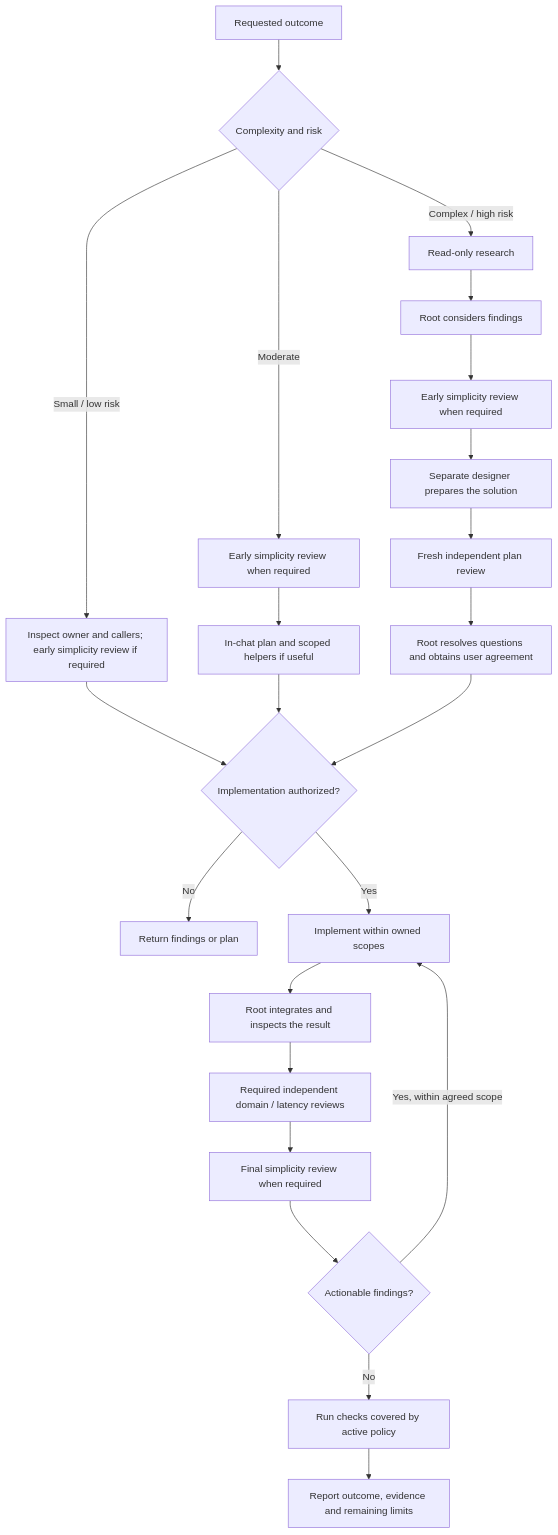
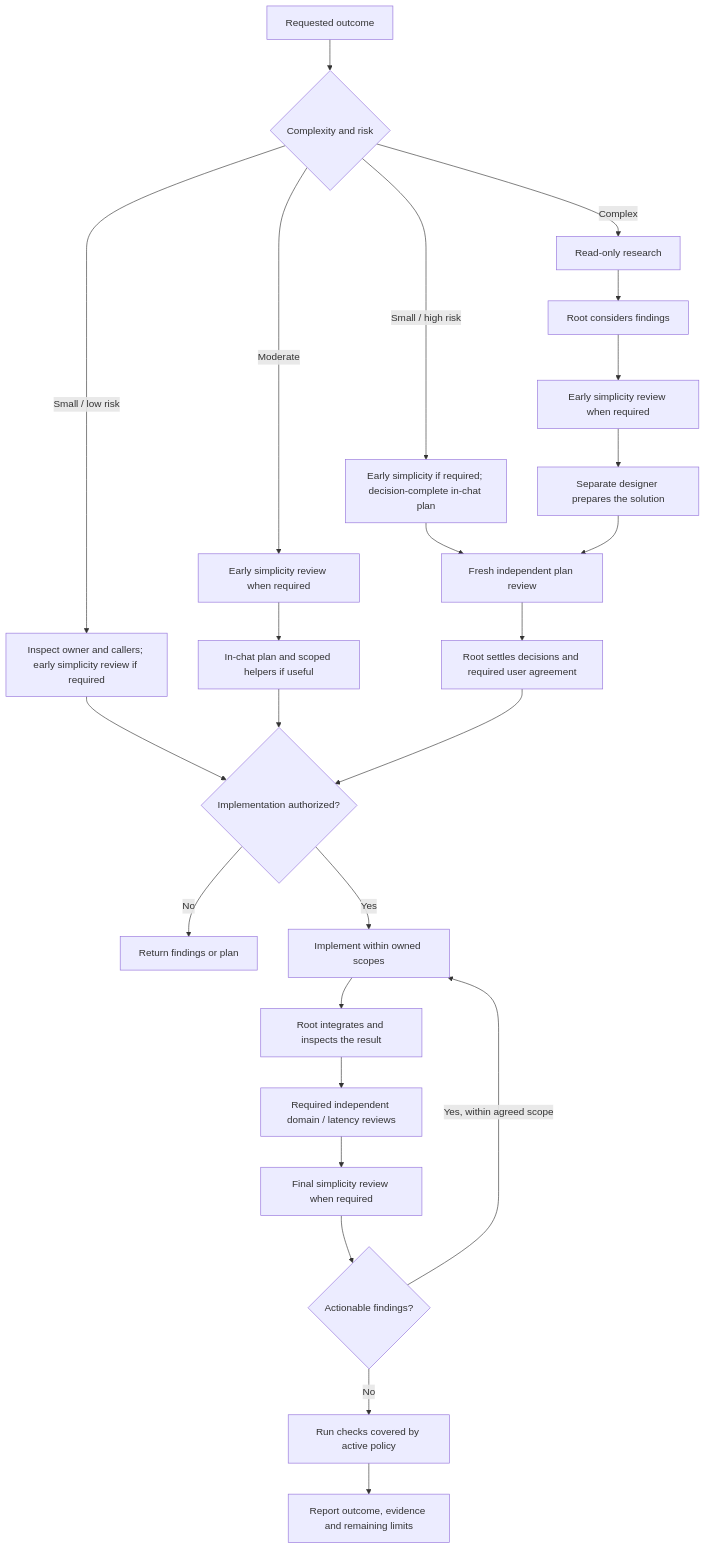
The first of 2 diagrams in README.md (be0hhh/blazing-market), drawn with Mermaid before and after one commit. The commit also changed other lines of this file and 9 other files, not shown here.

````diff
--- a/README.md
+++ b/README.md
@@ -90,27 +94,29 @@
 ```mermaid
 flowchart TD
     TASK["Requested outcome"] --> RISK{"Complexity and risk"}
 
     RISK -->|"Small / low risk"| SMALL["Inspect owner and callers; early simplicity review if required"]
     RISK -->|"Moderate"| MEARLY["Early simplicity review when required"]
     MEARLY --> MEDIUM["In-chat plan and scoped helpers if useful"]
-    RISK -->|"Complex / high risk"| RESEARCH["Read-only research"]
+    RISK -->|"Small / high risk"| HPLAN["Early simplicity if required; decision-complete in-chat plan"]
+    HPLAN --> PLANREVIEW
+    RISK -->|"Complex"| RESEARCH["Read-only research"]
     RESEARCH --> ROOT["Root considers findings"]
     ROOT --> HEARLY["Early simplicity review when required"]
     HEARLY --> DESIGN["Separate designer prepares the solution"]
     DESIGN --> PLANREVIEW["Fresh independent plan review"]
-    PLANREVIEW --> AGREE["Root resolves questions and obtains user agreement"]
+    PLANREVIEW --> AGREE["Root settles decisions and required user agreement"]
 
     SMALL --> AUTH{"Implementation authorized?"}
     MEDIUM --> AUTH
     AGREE --> AUTH
     AUTH -->|"No"| PROPOSAL["Return findings or plan"]
     AUTH -->|"Yes"| IMPLEMENT["Implement within owned scopes"]
     IMPLEMENT --> INTEGRATE["Root integrates and inspects the result"]
     INTEGRATE --> REVIEW["Required independent domain / latency reviews"]
     REVIEW --> FINAL["Final simplicity review when required"]
     FINAL --> FINDINGS{"Actionable findings?"}
     FINDINGS -->|"Yes, within agreed scope"| IMPLEMENT
     FINDINGS -->|"No"| CHECK["Run checks covered by active policy"]
     CHECK --> REPORT["Report outcome, evidence and remaining limits"]
 ```
````
